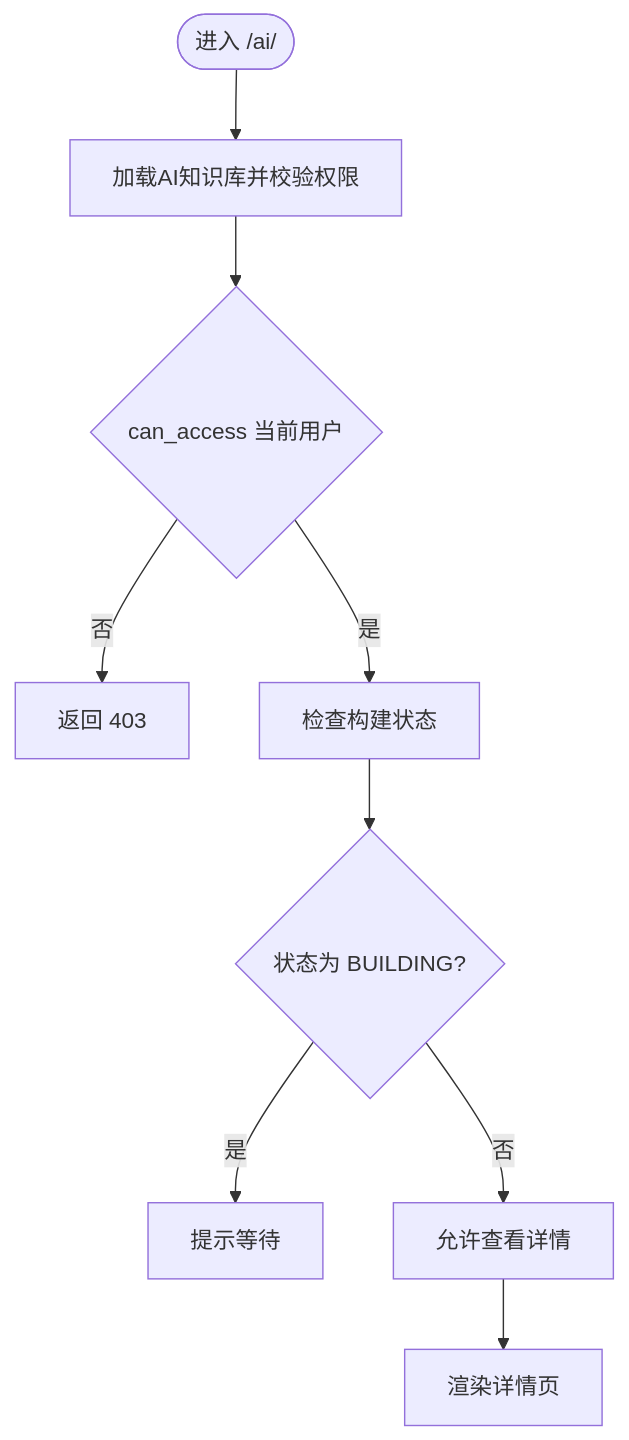
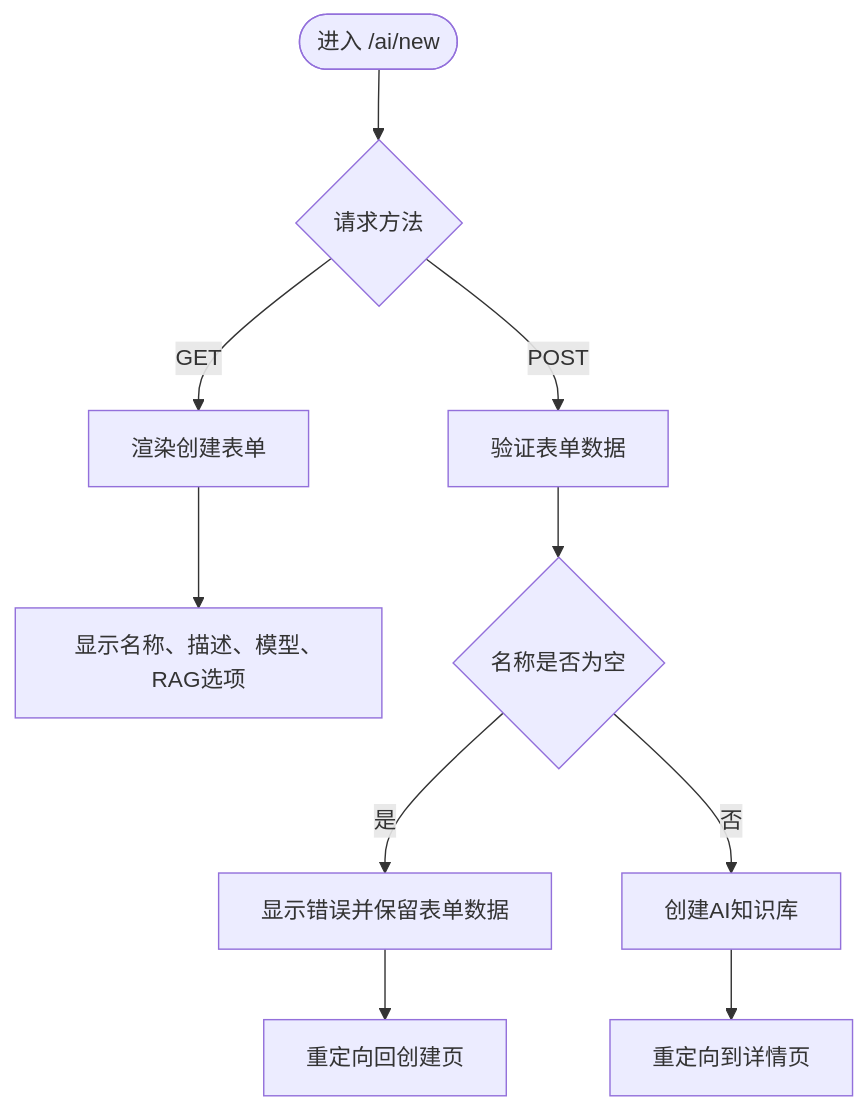
Before and after one commit to beyondalbert/my_wiki: the third of 5 diagrams in .qoder/repowiki/zh/content/核心模块/AI知识库模块/AI知识库蓝图路由.md, drawn with Mermaid. The commit also changed other lines of this file and 4 other files, not shown here.

````diff
--- a/.qoder/repowiki/zh/content/核心模块/AI知识库模块/AI知识库蓝图路由.md
+++ b/.qoder/repowiki/zh/content/核心模块/AI知识库模块/AI知识库蓝图路由.md
@@ -196,11 +197,12 @@
 ```mermaid
 flowchart TD
-Start(["进入 /ai/<int:ai_kb_id>"]) --> LoadKB["加载AI知识库并校验权限"]
-LoadKB --> Access{"can_access 当前用户"}
-Access --> |否| Forbidden["返回 403"]
-Access --> |是| Status["检查构建状态"]
-Status --> Build{"状态为 BUILDING?"}
-Build --> |是| Wait["提示等待"]
-Build --> |否| Ready["允许查看详情"]
-Ready --> Render["渲染详情页"]
+Start(["进入 /ai/new"]) --> Method{"请求方法"}
+Method --> |GET| Form["渲染创建表单"]
+Method --> |POST| Validate["验证表单数据"]
+Form --> RenderForm["显示名称、描述、模型、RAG选项"]
+Validate --> Valid{"名称是否为空"}
+Valid --> |是| Error["显示错误并保留表单数据"]
+Valid --> |否| Create["创建AI知识库"]
+Create --> Success["重定向到详情页"]
+Error --> Redirect["重定向回创建页"]
 ```
````
